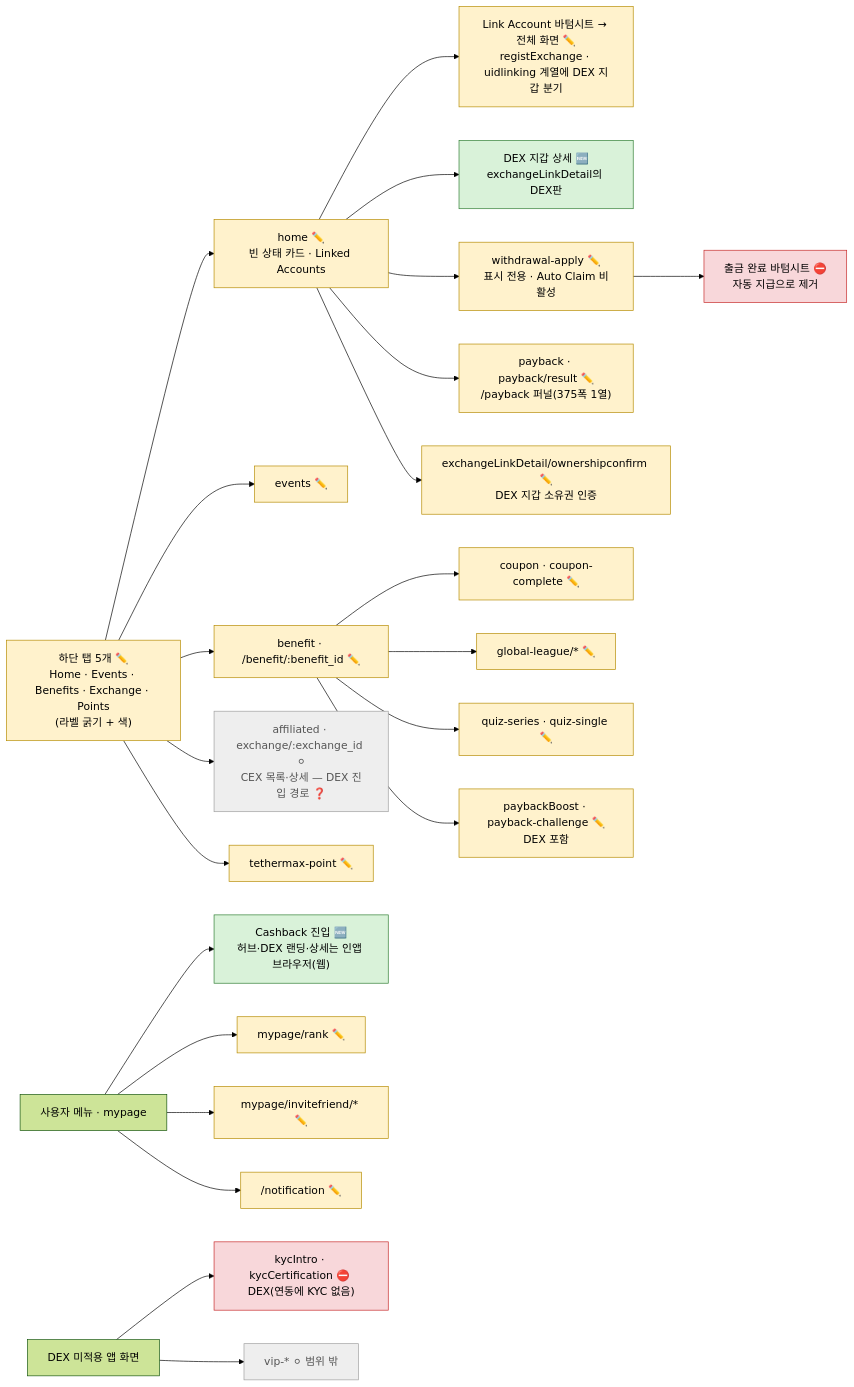
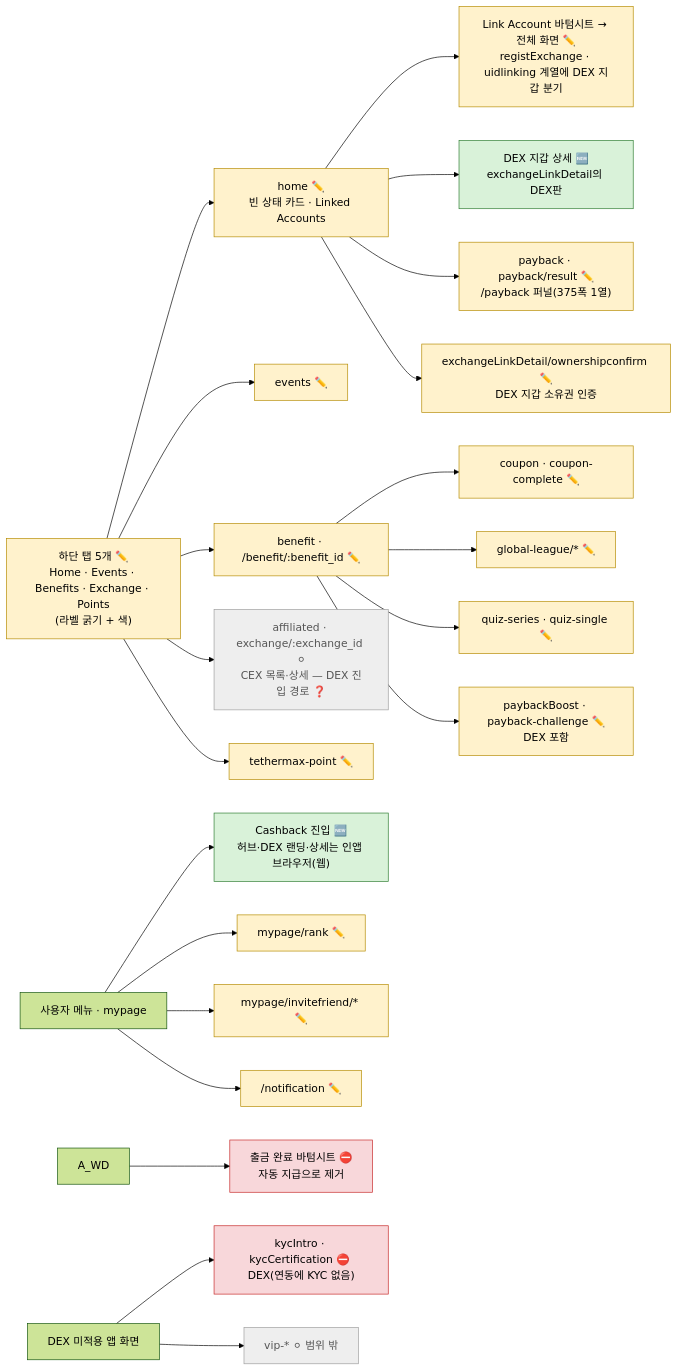
Before and after one commit to matthewforwork1213-collab/dex: the second of 6 diagrams in 02.기획문서/정보구조도_사용자.md, drawn with Mermaid (forest theme). The commit also changed other lines of this file and 2014 other files, not shown here.

````diff
--- a/02.기획문서/정보구조도_사용자.md
+++ b/02.기획문서/정보구조도_사용자.md
@@ -113,33 +111,32 @@
 ```mermaid
 flowchart LR
     classDef new fill:#d9f2d9,stroke:#2e7d32,color:#000
     classDef chg fill:#fff2cc,stroke:#b58b00,color:#000
     classDef keep fill:#eeeeee,stroke:#9e9e9e,color:#555
     classDef no fill:#f8d7da,stroke:#c62828,color:#000
 
     TAB["하단 탭 5개 ✏️<br/>Home · Events · Benefits · Exchange · Points<br/>(라벨 굵기 + 색)"]:::chg
     TAB --> A_HOME["home ✏️<br/>빈 상태 카드 · Linked Accounts"]:::chg
     TAB --> A_EVT["events ✏️"]:::chg
     TAB --> A_BEN["benefit · /benefit/:benefit_id ✏️"]:::chg
     TAB --> A_EX["affiliated · exchange/:exchange_id ⚪<br/>CEX 목록·상세 — DEX 진입 경로 ❓"]:::keep
     TAB --> A_PT["tethermax-point ✏️"]:::chg
 
     MENU["사용자 메뉴 · mypage"] --> A_CB["Cashback 진입 🆕<br/>허브·DEX 랜딩·상세는 인앱 브라우저(웹)"]:::new
     MENU --> A_RANK["mypage/rank ✏️"]:::chg
     MENU --> A_INV["mypage/invitefriend/* ✏️"]:::chg
     MENU --> A_NOTI["/notification ✏️"]:::chg
 
     A_HOME --> A_LNK["Link Account 바텀시트 → 전체 화면 ✏️<br/>registExchange · uidlinking 계열에 DEX 지갑 분기"]:::chg
     A_HOME --> A_WAL["DEX 지갑 상세 🆕<br/>exchangeLinkDetail의 DEX판"]:::new
-    A_HOME --> A_WD["withdrawal-apply ✏️<br/>표시 전용 · Auto Claim 비활성"]:::chg
     A_WD --> A_WDX["출금 완료 바텀시트 ⛔<br/>자동 지급으로 제거"]:::no
     A_HOME --> A_PB["payback · payback/result ✏️<br/>/payback 퍼널(375폭 1열)"]:::chg
     A_BEN --> A_CPN["coupon · coupon-complete ✏️"]:::chg
     A_BEN --> A_LGE["global-league/* ✏️"]:::chg
     A_BEN --> A_QZ["quiz-series · quiz-single ✏️"]:::chg
 
     A_HOME --> A_OWN["exchangeLinkDetail/ownershipconfirm ✏️<br/>DEX 지갑 소유권 인증"]:::chg
     NOT["DEX 미적용 앱 화면"] --> A_KYC["kycIntro · kycCertification ⛔ DEX(연동에 KYC 없음)"]:::no
     A_BEN --> A_BST["paybackBoost · payback-challenge ✏️<br/>DEX 포함"]:::chg
     NOT --> A_VIP["vip-* ⚪ 범위 밖"]:::keep
 ```
````
